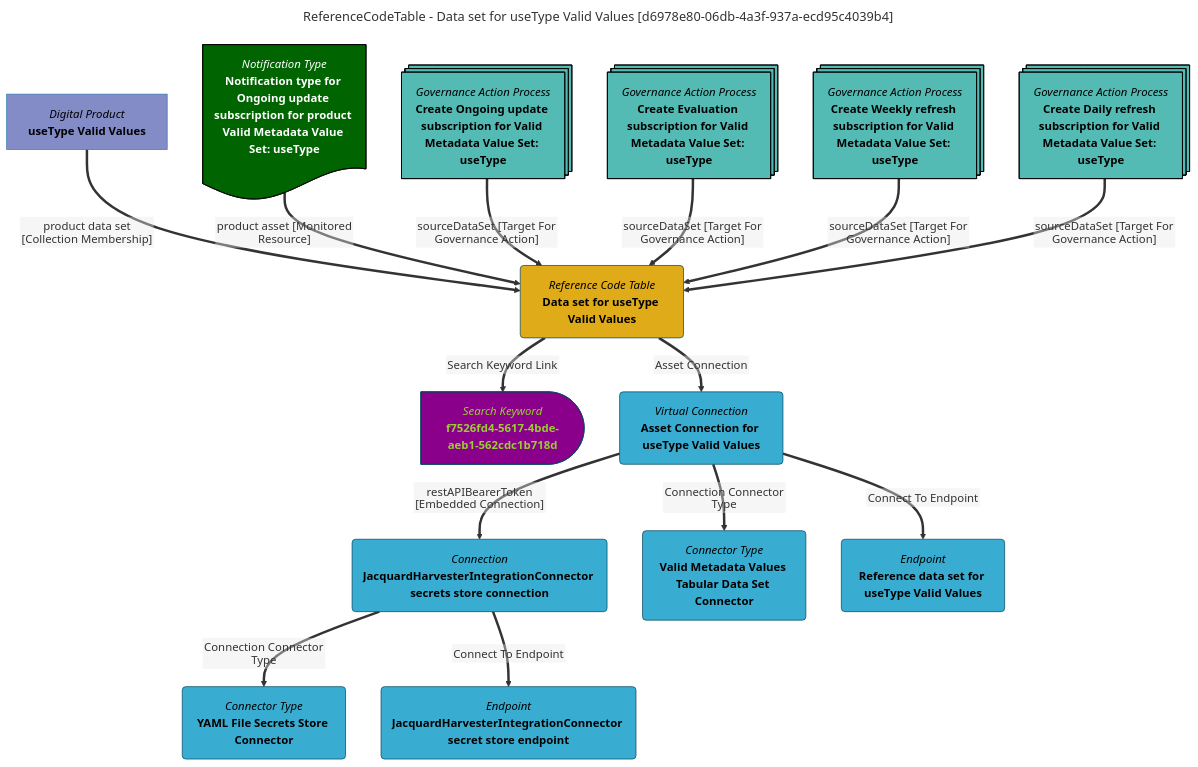
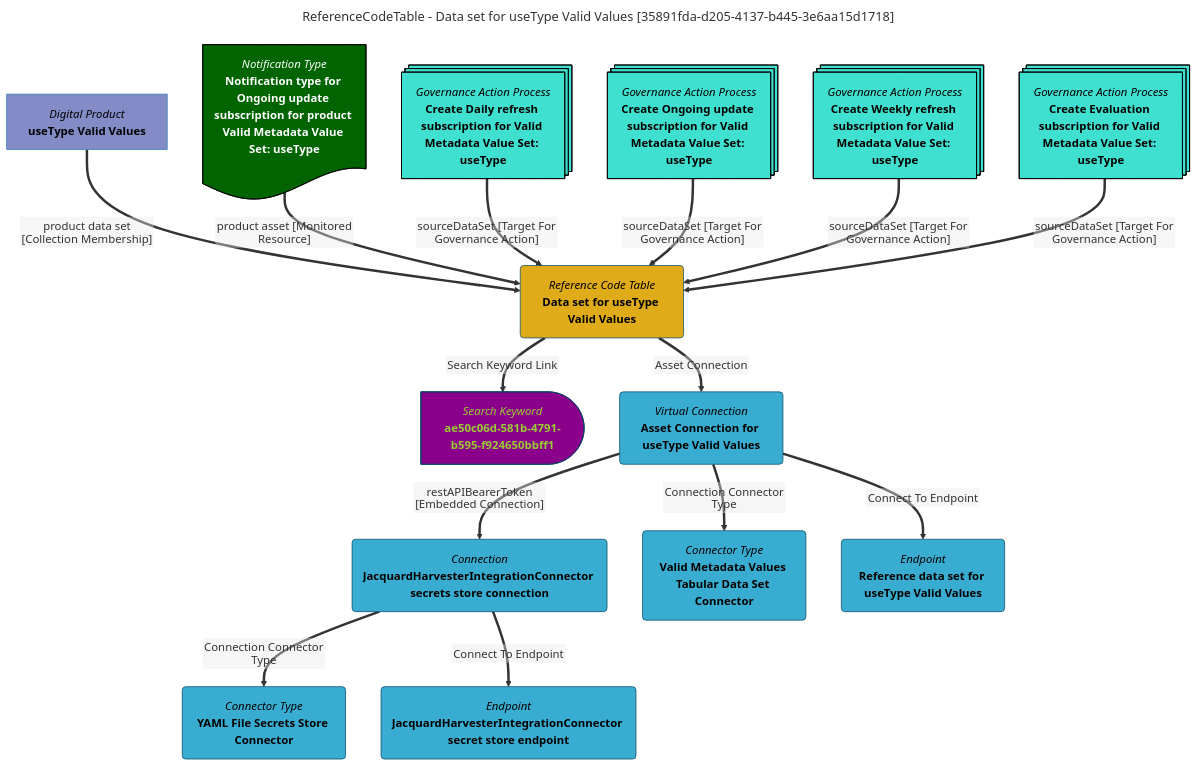
One commit to odpi/egeria-docs changed the diagram in site/snippets/data-assets/data-set-for-usetype-valid-values-mermaid-graph.md. Above: the diagram before and after it, drawn with Mermaid. The commit also changed 2201 other files, not shown here.

````diff
--- a/site/snippets/data-assets/data-set-for-usetype-valid-values-mermaid-graph.md
+++ b/site/snippets/data-assets/data-set-for-usetype-valid-values-mermaid-graph.md
@@ -1,63 +1,63 @@
 ```mermaid
 ---
-title: ReferenceCodeTable - Data set for useType Valid Values [d6978e80-06db-4a3f-937a-ecd95c4039b4]
+title: ReferenceCodeTable - Data set for useType Valid Values [35891fda-d205-4137-b445-3e6aa15d1718]
 ---
 flowchart TD
 %%{init: {"flowchart": {"htmlLabels": false}} }%%
 
 1@{ shape: rounded, label: "*Reference Code Table*
 **Data set for useType Valid Values**"}
 2@{ shape: delay, label: "*Search Keyword*
-**f7526fd4-5617-4bde-aeb1-562cdc1b718d**"}
+**ae50c06d-581b-4791-b595-f924650bbff1**"}
 1==>|"Search Keyword Link"|2
 3@{ shape: rect, label: "*Digital Product*
 **useType Valid Values**"}
 3==>|"product data set [Collection Membership]"|1
 4@{ shape: rounded, label: "*Virtual Connection*
 **Asset Connection for useType Valid Values**"}
 1==>|"Asset Connection"|4
 5@{ shape: rounded, label: "*Connection*
 **JacquardHarvesterIntegrationConnector secrets store connection**"}
 4==>|"restAPIBearerToken [Embedded Connection]"|5
 6@{ shape: rounded, label: "*Connector Type*
 **YAML File Secrets Store Connector**"}
 5==>|"Connection Connector Type"|6
 7@{ shape: rounded, label: "*Endpoint*
 **JacquardHarvesterIntegrationConnector secret store endpoint**"}
 5==>|"Connect To Endpoint"|7
 8@{ shape: rounded, label: "*Connector Type*
 **Valid Metadata Values Tabular Data Set Connector**"}
 4==>|"Connection Connector Type"|8
 9@{ shape: rounded, label: "*Endpoint*
 **Reference data set for useType Valid Values**"}
 4==>|"Connect To Endpoint"|9
 10@{ shape: doc, label: "*Notification Type*
 **Notification type for Ongoing update subscription for product Valid Metadata Value Set: useType**"}
 10==>|"product asset [Monitored Resource]"|1
 11@{ shape: processes, label: "*Governance Action Process*
-**Create Ongoing update subscription for Valid Metadata Value Set: useType**"}
+**Create Daily refresh subscription for Valid Metadata Value Set: useType**"}
 11==>|"sourceDataSet [Target For Governance Action]"|1
 12@{ shape: processes, label: "*Governance Action Process*
-**Create Evaluation subscription for Valid Metadata Value Set: useType**"}
+**Create Ongoing update subscription for Valid Metadata Value Set: useType**"}
 12==>|"sourceDataSet [Target For Governance Action]"|1
 13@{ shape: processes, label: "*Governance Action Process*
 **Create Weekly refresh subscription for Valid Metadata Value Set: useType**"}
 13==>|"sourceDataSet [Target For Governance Action]"|1
 14@{ shape: processes, label: "*Governance Action Process*
-**Create Daily refresh subscription for Valid Metadata Value Set: useType**"}
+**Create Evaluation subscription for Valid Metadata Value Set: useType**"}
 14==>|"sourceDataSet [Target For Governance Action]"|1
-style 11 color:#000000, fill:#53bbb4, stroke:#000000
-style 12 color:#000000, fill:#53bbb4, stroke:#000000
-style 13 color:#000000, fill:#53bbb4, stroke:#000000
-style 14 color:#000000, fill:#53bbb4, stroke:#000000
+style 11 color:#000000, fill:#40E0D0, stroke:#000000
+style 12 color:#000000, fill:#40E0D0, stroke:#000000
+style 13 color:#000000, fill:#40E0D0, stroke:#000000
+style 14 color:#000000, fill:#40E0D0, stroke:#000000
 style 1 color:#000000, fill:#e0ab18, stroke:#004563
-style 2 color:#9acd32, fill:#8b008b, stroke:#004563
+style 2 color:#9ACD32, fill:#8B008B, stroke:#004563
 style 3 color:#000000, fill:#838cc7, stroke:#3079ab
 style 4 color:#000000, fill:#39add1, stroke:#004563
 style 5 color:#000000, fill:#39add1, stroke:#004563
 style 6 color:#000000, fill:#39add1, stroke:#004563
 style 7 color:#000000, fill:#39add1, stroke:#004563
 style 8 color:#000000, fill:#39add1, stroke:#004563
 style 9 color:#000000, fill:#39add1, stroke:#004563
 style 10 color:#FFFFFF, fill:#006400, stroke:#000000
 ```
````
